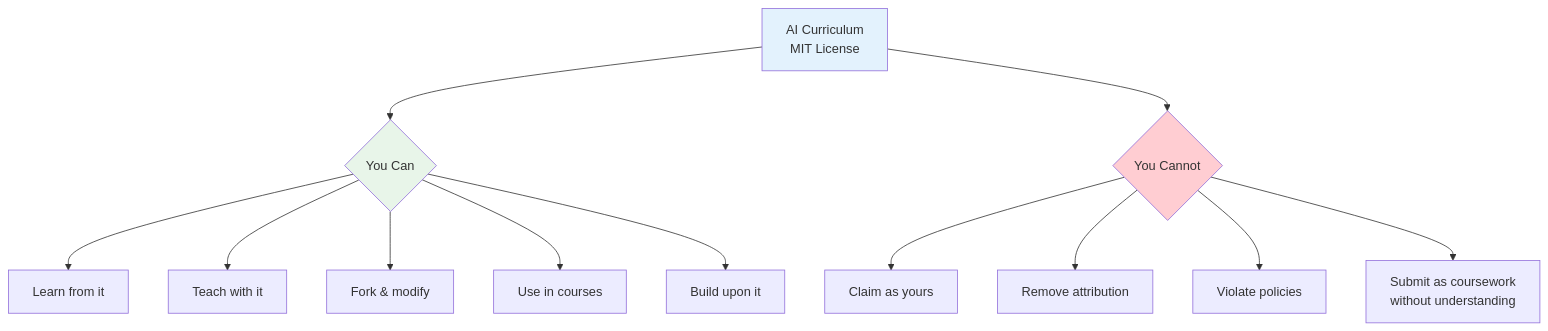
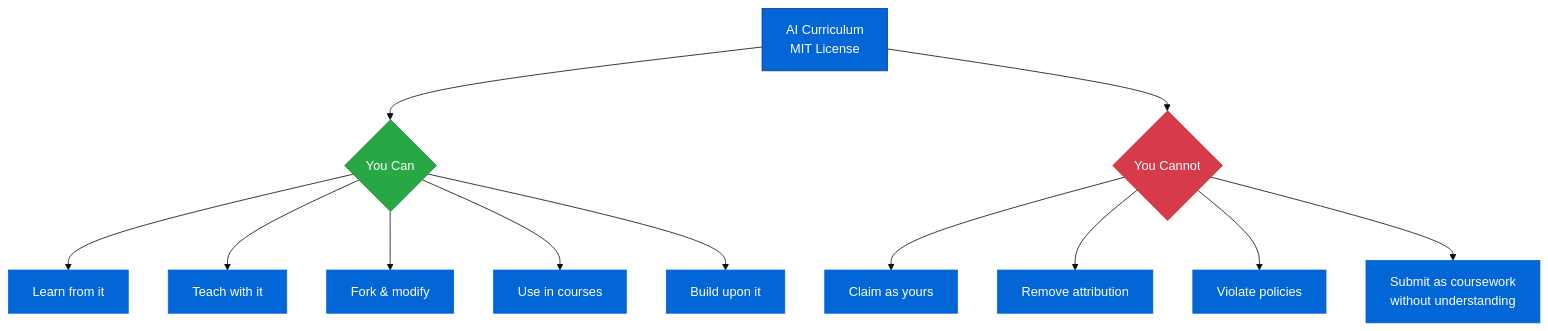
Diagram 17 of 21 in README.md (nexageapps/AI), drawn with Mermaid before and after one commit. The commit also changed other lines of this file and 1 other file, not shown here.

````diff
--- a/README.md
+++ b/README.md
@@ -671,20 +676,21 @@
 ```mermaid
+%%{init: {'theme':'base', 'themeVariables': {'primaryColor':'#0366d6','primaryTextColor':'#fff','primaryBorderColor':'#0366d6'}}}%%
 graph TD
     A[AI Curriculum<br/>MIT License] --> B{You Can}
     A --> C{You Cannot}
     
     B --> B1[Learn from it]
     B --> B2[Teach with it]
     B --> B3[Fork & modify]
     B --> B4[Use in courses]
     B --> B5[Build upon it]
     
     C --> C1[Claim as yours]
     C --> C2[Remove attribution]
     C --> C3[Violate policies]
     C --> C4[Submit as coursework<br/>without understanding]
     
-    style A fill:#e3f2fd
-    style B fill:#e8f5e9
-    style C fill:#ffcdd2
+    style A fill:#0366d6,stroke:#044289,color:#fff
+    style B fill:#28a745,stroke:#22863a,color:#fff
+    style C fill:#d73a49,stroke:#cb2431,color:#fff
 ```
````
